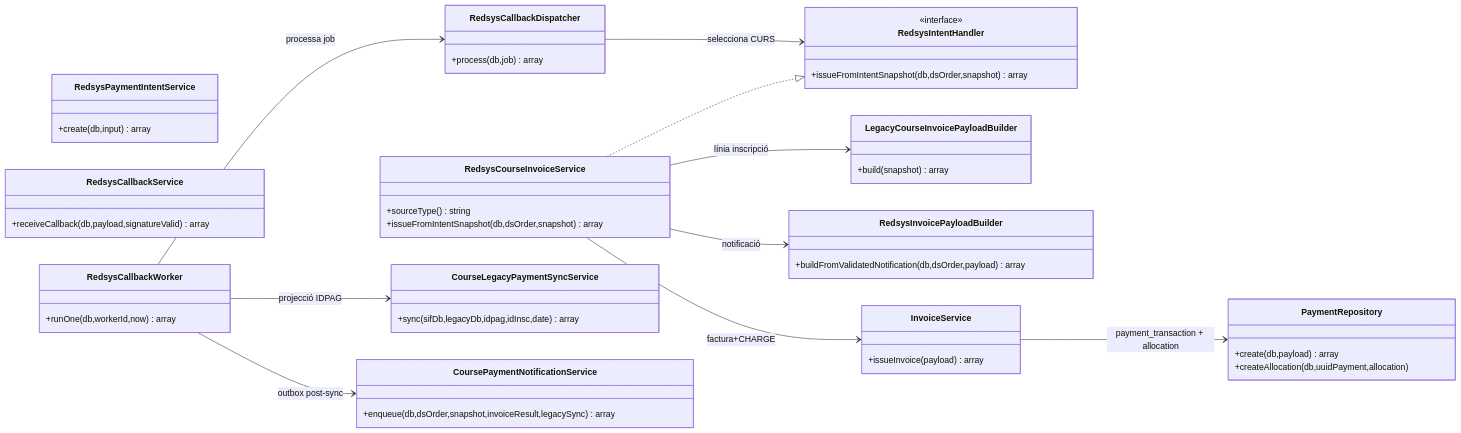
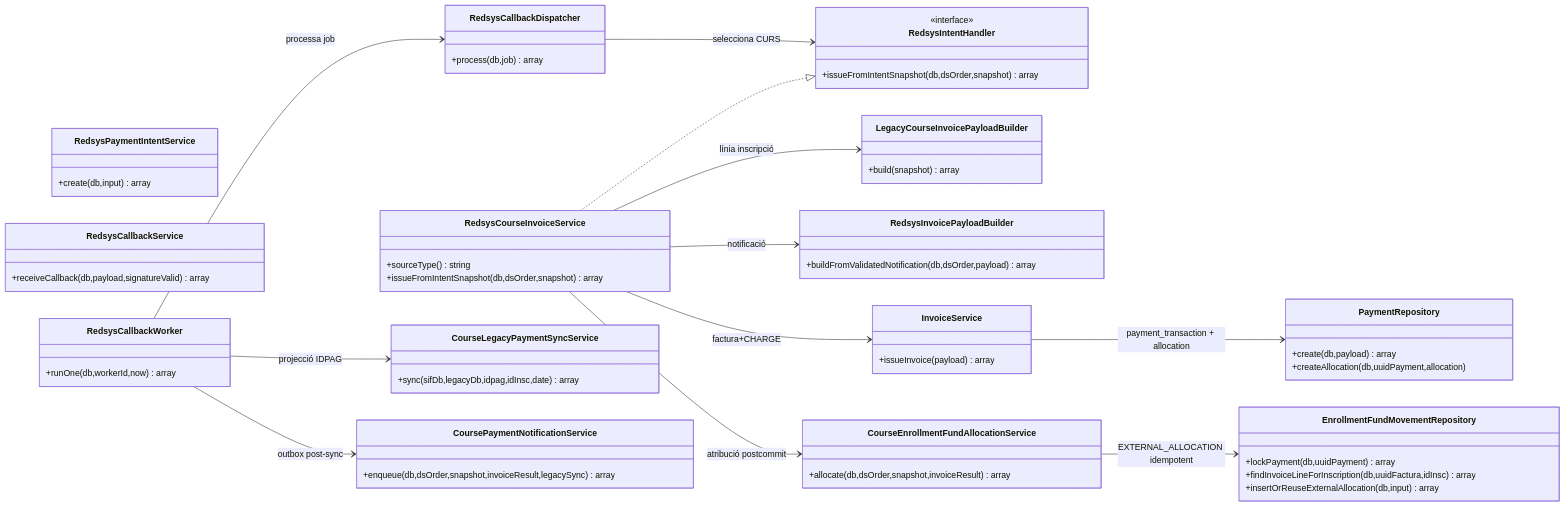
Before and after one commit to orgmeriemprismacat-del/verifactu: the third of 4 diagrams in documentacio/07-uml-integrat/uc-014-comprar-curs-redsys.md, drawn with Mermaid. The commit also changed other lines of this file, not shown here.

Commit message:
docs(UC-014): integrar fund allocation al UML principal

````diff
--- a/documentacio/07-uml-integrat/uc-014-comprar-curs-redsys.md
+++ b/documentacio/07-uml-integrat/uc-014-comprar-curs-redsys.md
@@ -90,52 +90,62 @@
 ```mermaid
 classDiagram
 direction LR
 class RedsysPaymentIntentService {
  +create(db,input) array
 }
 class RedsysCallbackService {
  +receiveCallback(db,payload,signatureValid) array
 }
 class RedsysCallbackWorker {
  +runOne(db,workerId,now) array
 }
 class RedsysCallbackDispatcher {
  +process(db,job) array
 }
 class RedsysIntentHandler {
  <<interface>>
  +issueFromIntentSnapshot(db,dsOrder,snapshot) array
 }
 class RedsysCourseInvoiceService {
  +sourceType() string
  +issueFromIntentSnapshot(db,dsOrder,snapshot) array
 }
 class LegacyCourseInvoicePayloadBuilder {
  +build(snapshot) array
 }
 class RedsysInvoicePayloadBuilder {
  +buildFromValidatedNotification(db,dsOrder,payload) array
 }
 class InvoiceService {
  +issueInvoice(payload) array
 }
 class PaymentRepository {
  +create(db,payload) array
  +createAllocation(db,uuidPayment,allocation)
 }
+class CourseEnrollmentFundAllocationService {
+ +allocate(db,dsOrder,snapshot,invoiceResult) array
+}
+class EnrollmentFundMovementRepository {
+ +lockPayment(db,uuidPayment) array
+ +findInvoiceLineForInscription(db,uuidFactura,idInsc) array
+ +insertOrReuseExternalAllocation(db,input) array
+}
 class CourseLegacyPaymentSyncService {
  +sync(sifDb,legacyDb,idpag,idInsc,date) array
 }
 class CoursePaymentNotificationService {
  +enqueue(db,dsOrder,snapshot,invoiceResult,legacySync) array
 }
 RedsysCallbackWorker --> RedsysCallbackDispatcher : processa job
 RedsysCallbackDispatcher --> RedsysIntentHandler : selecciona CURS
 RedsysCourseInvoiceService ..|> RedsysIntentHandler
 RedsysCourseInvoiceService --> LegacyCourseInvoicePayloadBuilder : línia inscripció
 RedsysCourseInvoiceService --> RedsysInvoicePayloadBuilder : notificació
 RedsysCourseInvoiceService --> InvoiceService : factura+CHARGE
 InvoiceService --> PaymentRepository : payment_transaction + allocation
+RedsysCourseInvoiceService --> CourseEnrollmentFundAllocationService : atribució postcommit
+CourseEnrollmentFundAllocationService --> EnrollmentFundMovementRepository : EXTERNAL_ALLOCATION idempotent
 RedsysCallbackWorker --> CourseLegacyPaymentSyncService : projecció IDPAG
 RedsysCallbackWorker --> CoursePaymentNotificationService : outbox post-sync
 ```
````
